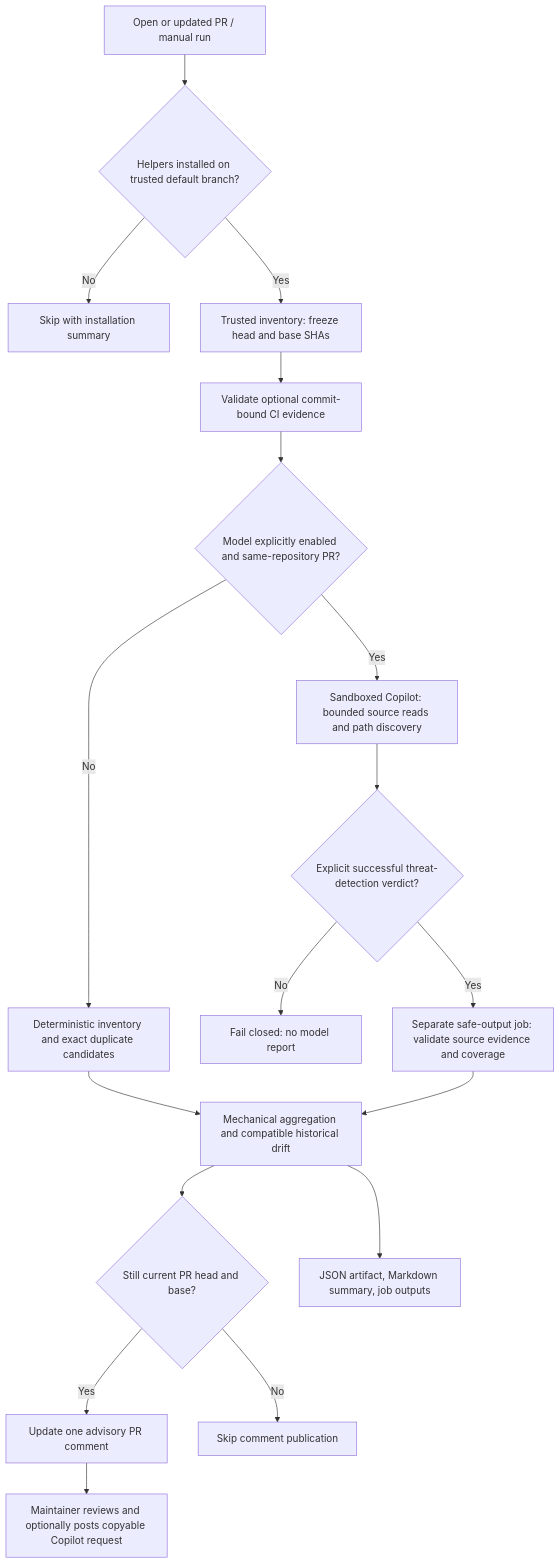
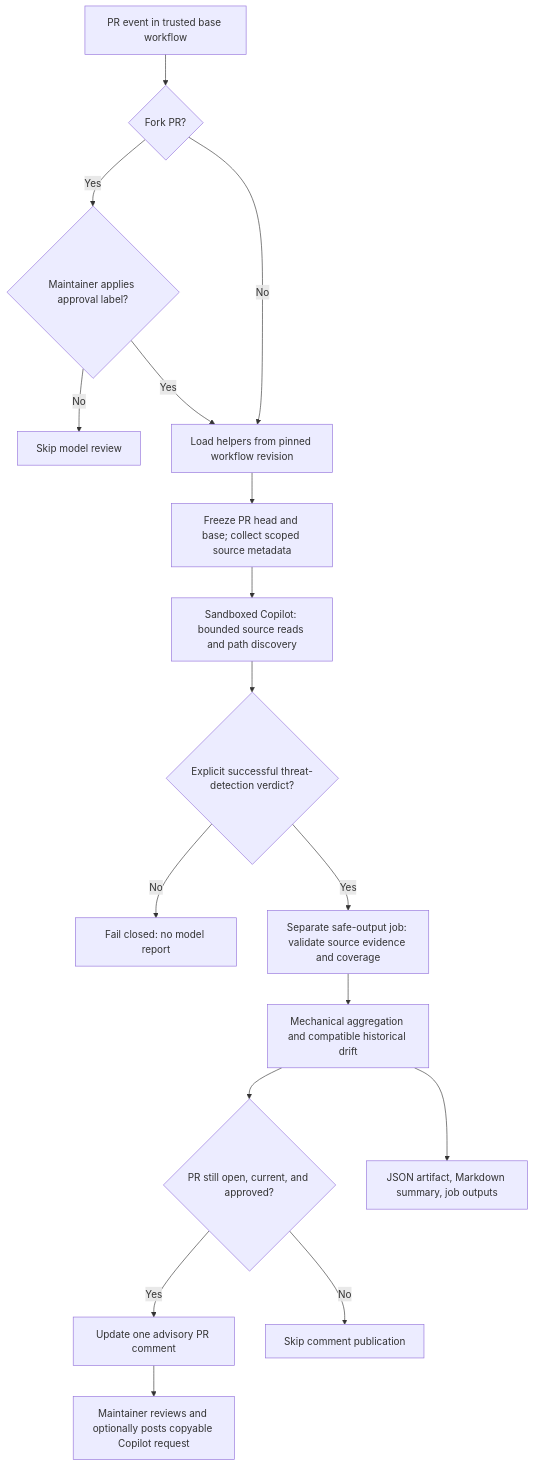
The diagram in README.md (digimangos/ai-slop-assessment), drawn with Mermaid before and after one commit. The commit also changed other lines of this file and 6 other files, not shown here.

First line of the commit message:
Validate draft evidence before Copilot publication

````diff
--- a/README.md
+++ b/README.md
@@ -12,20 +12,19 @@
 ```mermaid
 flowchart TD
-    PR[Open or updated PR / manual run] --> Installed{Helpers installed on trusted default branch?}
-    Installed -->|No| Bootstrap[Skip with installation summary]
-    Installed -->|Yes| Scope[Trusted inventory: freeze head and base SHAs]
-    Scope --> Evidence[Validate optional commit-bound CI evidence]
-    Evidence --> Mode{Model explicitly enabled and same-repository PR?}
-    Mode -->|No| Inventory[Deterministic inventory and exact duplicate candidates]
-    Mode -->|Yes| Judge[Sandboxed Copilot: bounded source reads and path discovery]
+    PR[PR event in trusted base workflow] --> Fork{Fork PR?}
+    Fork -->|Yes| Approved{Maintainer applies approval label?}
+    Approved -->|No| Stop[Skip model review]
+    Approved -->|Yes| Runtime[Load helpers from pinned workflow revision]
+    Fork -->|No| Runtime
+    Runtime --> Scope[Freeze PR head and base; collect scoped source metadata]
+    Scope --> Judge[Sandboxed Copilot: bounded source reads and path discovery]
     Judge --> Detection{Explicit successful threat-detection verdict?}
     Detection -->|No| Reject[Fail closed: no model report]
     Detection -->|Yes| Validate[Separate safe-output job: validate source evidence and coverage]
-    Inventory --> Score[Mechanical aggregation and compatible historical drift]
-    Validate --> Score
-    Score --> Head{Still current PR head and base?}
+    Validate --> Score[Mechanical aggregation and compatible historical drift]
+    Score --> Head{PR still open, current, and approved?}
     Head -->|Yes| Comment[Update one advisory PR comment]
     Head -->|No| Skip[Skip comment publication]
     Score --> Reports[JSON artifact, Markdown summary, job outputs]
     Comment --> Human[Maintainer reviews and optionally posts copyable Copilot request]
 ```
````
